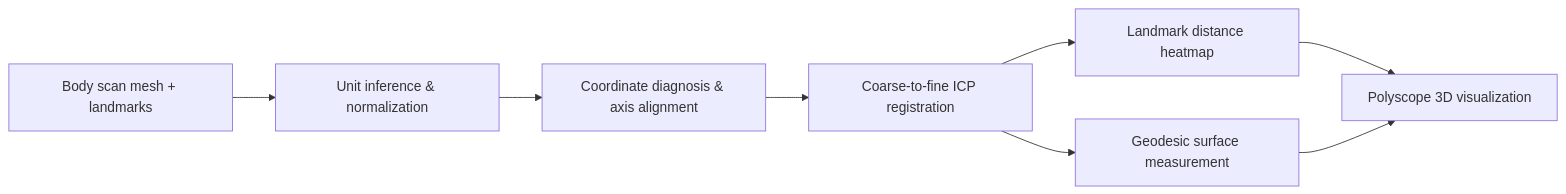
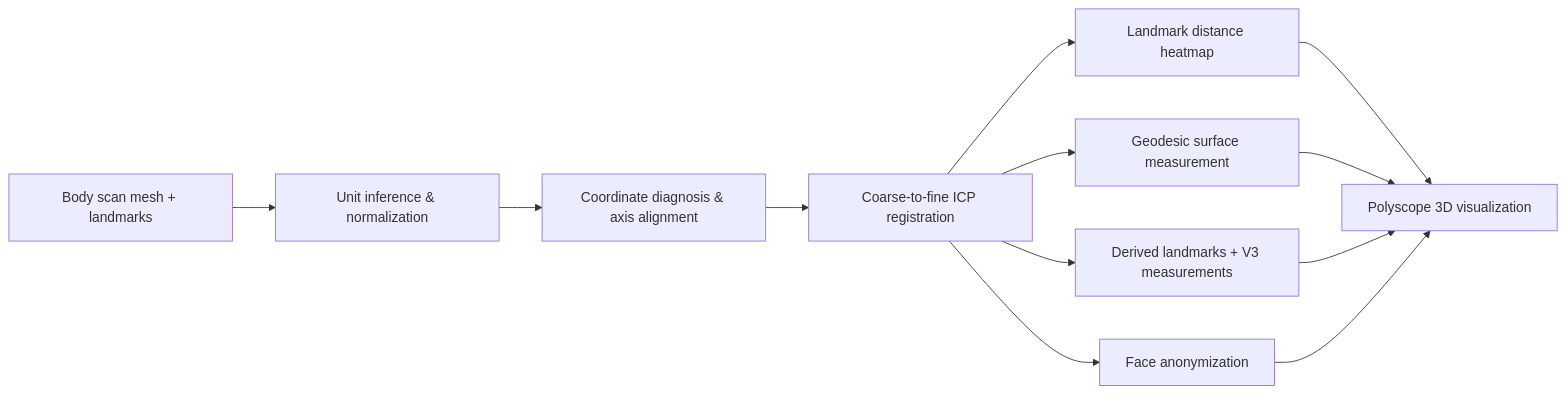
Before and after one commit to YingGwan/Body-Scan-Viewer: the first of 2 diagrams in wiki/PROJECT.md, drawn with Mermaid. The commit also changed other lines of this file and 3 other files, not shown here.

````diff
--- a/wiki/PROJECT.md
+++ b/wiki/PROJECT.md
@@ -22,10 +22,14 @@
 ```mermaid
 flowchart LR
   A[Body scan mesh + landmarks] --> B[Unit inference & normalization]
   B --> C[Coordinate diagnosis & axis alignment]
   C --> D[Coarse-to-fine ICP registration]
   D --> E[Landmark distance heatmap]
   D --> F[Geodesic surface measurement]
-  E --> G[Polyscope 3D visualization]
-  F --> G
+  D --> G[Derived landmarks + V3 measurements]
+  D --> H[Face anonymization]
+  E --> I[Polyscope 3D visualization]
+  F --> I
+  G --> I
+  H --> I
 ```
````
